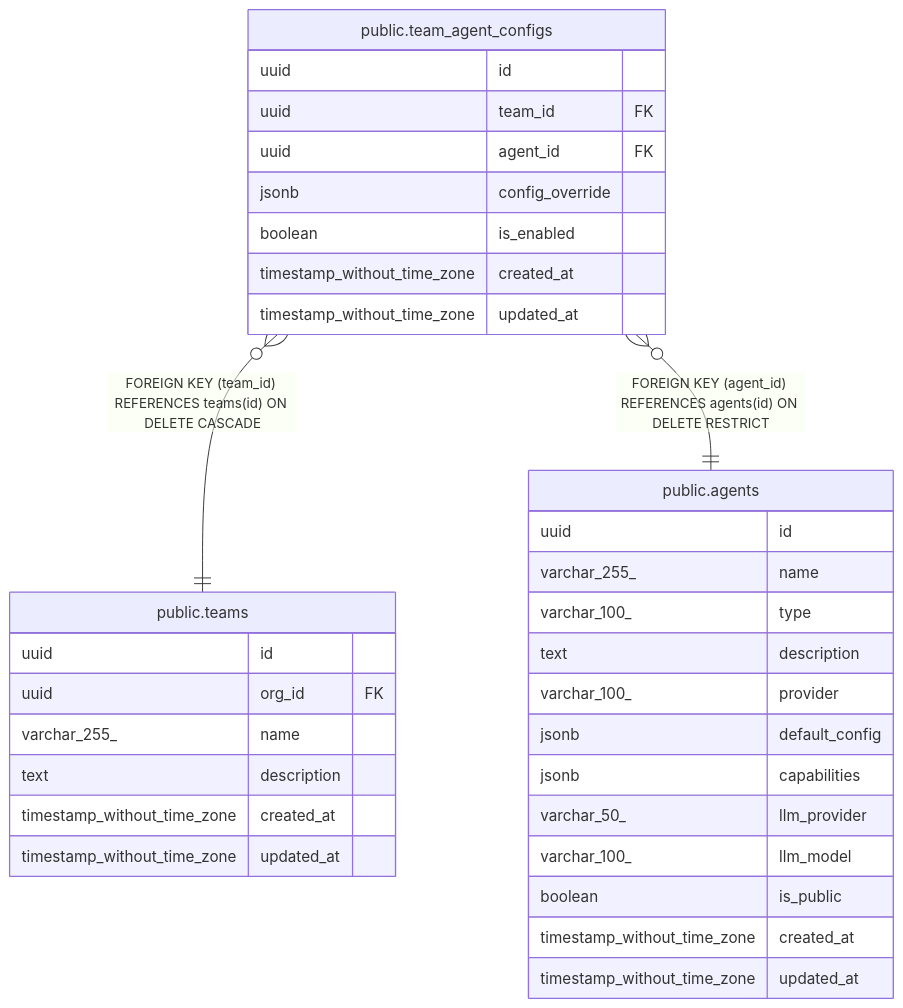
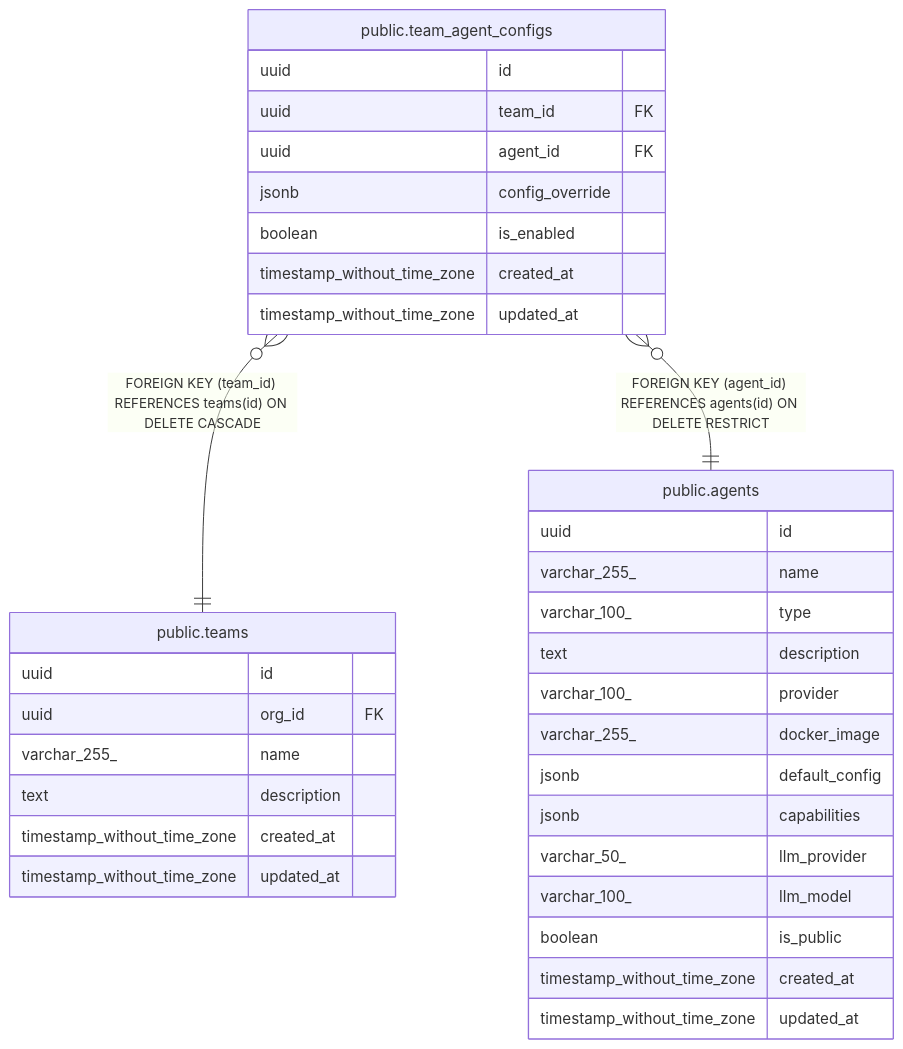
One commit to rastrigin-systems/arfa changed the diagram in docs/public.team_agent_configs.md. Above: the diagram before and after it, drawn with Mermaid. The commit also changed 27 other files, not shown here.

Commit message:
chore: Update docs, seeds, and docker-compose for webhook schema (#390)

````diff
--- a/docs/public.team_agent_configs.md
+++ b/docs/public.team_agent_configs.md
@@ -35,38 +35,39 @@
 ```mermaid
 erDiagram
 
 "public.team_agent_configs" }o--|| "public.teams" : "FOREIGN KEY (team_id) REFERENCES teams(id) ON DELETE CASCADE"
 "public.team_agent_configs" }o--|| "public.agents" : "FOREIGN KEY (agent_id) REFERENCES agents(id) ON DELETE RESTRICT"
 
 "public.team_agent_configs" {
   uuid id
   uuid team_id FK
   uuid agent_id FK
   jsonb config_override
   boolean is_enabled
   timestamp_without_time_zone created_at
   timestamp_without_time_zone updated_at
 }
 "public.teams" {
   uuid id
   uuid org_id FK
   varchar_255_ name
   text description
   timestamp_without_time_zone created_at
   timestamp_without_time_zone updated_at
 }
 "public.agents" {
   uuid id
   varchar_255_ name
   varchar_100_ type
   text description
   varchar_100_ provider
+  varchar_255_ docker_image
   jsonb default_config
   jsonb capabilities
   varchar_50_ llm_provider
   varchar_100_ llm_model
   boolean is_public
   timestamp_without_time_zone created_at
   timestamp_without_time_zone updated_at
 }
 ```
````
